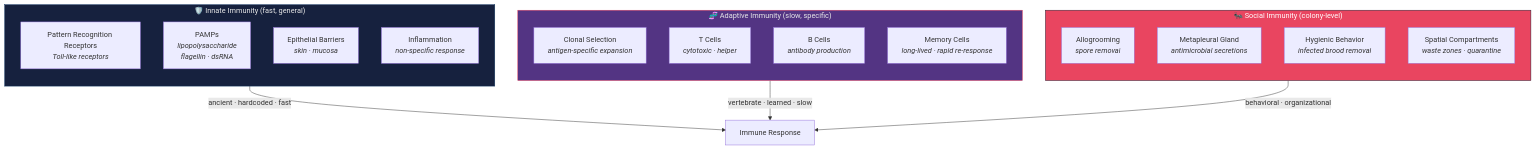
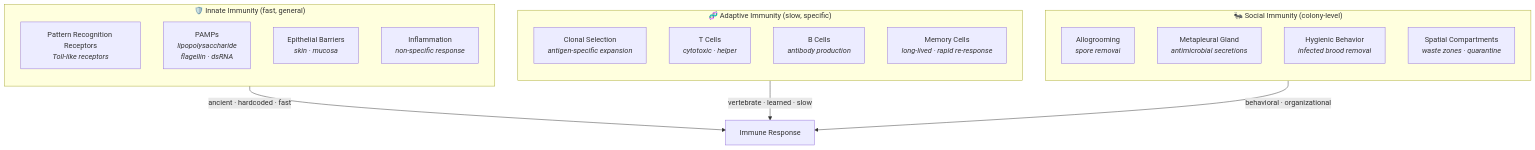
Before and after one commit to docxology/codomyrmex: the first of 2 diagrams in docs/bio/immune_system.md, drawn with Mermaid. The commit also changed other lines of this file and 86 other files, not shown here.

````diff
--- a/docs/bio/immune_system.md
+++ b/docs/bio/immune_system.md
@@ -13,34 +13,30 @@
 ```mermaid
 graph TB
     subgraph INNATE["🛡️ Innate Immunity (fast, general)"]
         direction TB
         PRR["Pattern Recognition Receptors<br/><i>Toll-like receptors</i>"]
         PAMP["PAMPs<br/><i>lipopolysaccharide<br/>flagellin · dsRNA</i>"]
         BARRIER["Epithelial Barriers<br/><i>skin · mucosa</i>"]
         INFLAM["Inflammation<br/><i>non-specific response</i>"]
     end
 
     subgraph ADAPTIVE["🧬 Adaptive Immunity (slow, specific)"]
         direction TB
         CLONAL["Clonal Selection<br/><i>antigen-specific expansion</i>"]
         TCELL["T Cells<br/><i>cytotoxic · helper</i>"]
         BCELL["B Cells<br/><i>antibody production</i>"]
         MEMORY_CELL["Memory Cells<br/><i>long-lived · rapid re-response</i>"]
     end
 
     subgraph SOCIAL["🐜 Social Immunity (colony-level)"]
         direction TB
         GROOM["Allogrooming<br/><i>spore removal</i>"]
         ANTIMICRO["Metapleural Gland<br/><i>antimicrobial secretions</i>"]
         HYGIENE["Hygienic Behavior<br/><i>infected brood removal</i>"]
         SPATIAL_DEF["Spatial Compartments<br/><i>waste zones · quarantine</i>"]
     end
 
     INNATE --> |"ancient · hardcoded · fast"| RESPONSE["Immune Response"]
     ADAPTIVE --> |"vertebrate · learned · slow"| RESPONSE
     SOCIAL --> |"behavioral · organizational"| RESPONSE
-
-    style INNATE fill:#16213e,stroke:#0f3460,color:#e8e8e8
-    style ADAPTIVE fill:#533483,stroke:#e94560,color:#e8e8e8
-    style SOCIAL fill:#e94560,stroke:#1a1a2e,color:#fff
 ```
````
